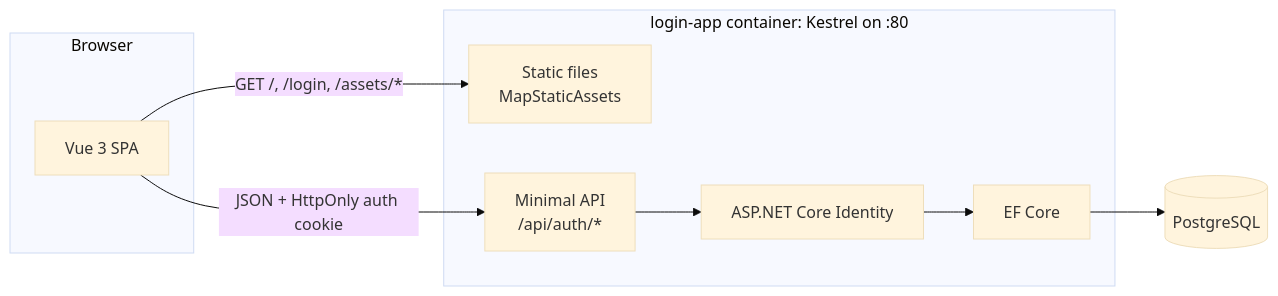
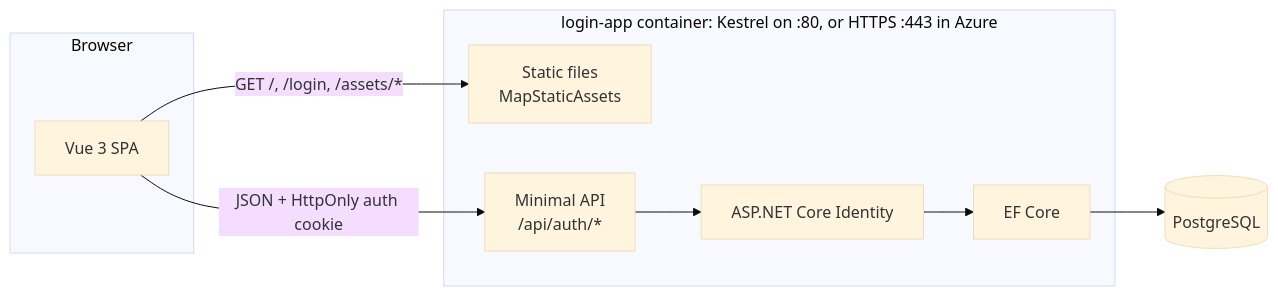
The first of 2 diagrams in docs/ARCHITECTURE.md (biffkittz/login-app), drawn with Mermaid (base theme) before and after one commit. The commit also changed other lines of this file and 57 other files, not shown here.

````diff
--- a/docs/ARCHITECTURE.md
+++ b/docs/ARCHITECTURE.md
@@ -8,15 +8,15 @@
 ```mermaid
 flowchart LR
   subgraph browser[Browser]
     spa[Vue 3 SPA]
   end
-  subgraph container[login-app container: Kestrel on :80]
+  subgraph container[login-app container: Kestrel on :80, or HTTPS :443 in Azure]
     static[Static files<br/>MapStaticAssets]
     api[Minimal API<br/>/api/auth/*]
     identity[ASP.NET Core Identity]
     ef[EF Core]
   end
   spa -- "GET /, /login, /assets/*" --> static
   spa -- "JSON + HttpOnly auth cookie" --> api
   api --> identity --> ef --> pg[(PostgreSQL)]
 ```
````
